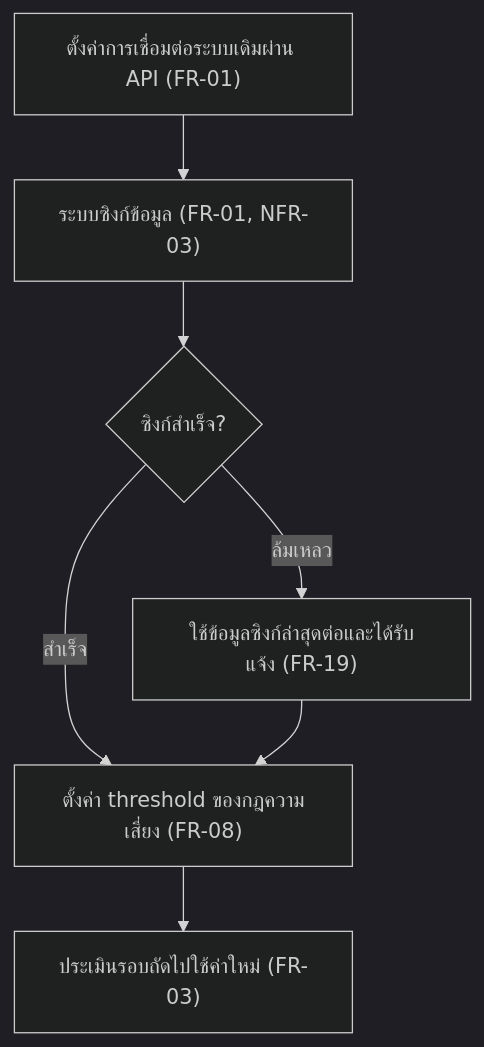
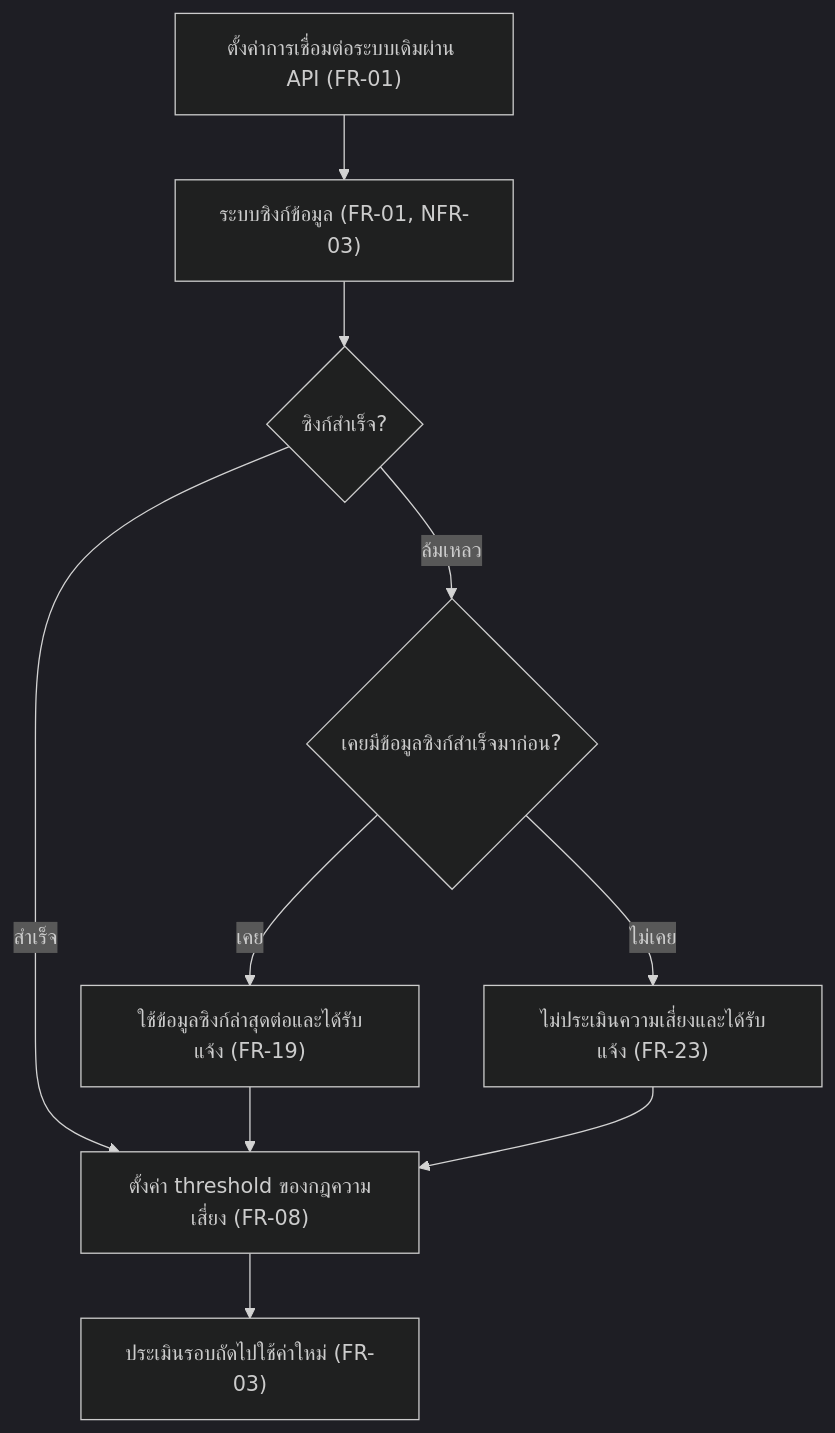
The first of 7 diagrams in docs/02-design/user-journey.md (PAKOSORUS/Grade-Runway-PROJECT3), drawn with Mermaid (dark theme) before and after one commit. The commit also changed other lines of this file and 15 other files, not shown here.

````diff
--- a/docs/02-design/user-journey.md
+++ b/docs/02-design/user-journey.md
@@ -8,9 +8,12 @@
 ```mermaid
 flowchart TD
     A["ตั้งค่าการเชื่อมต่อระบบเดิมผ่าน API (FR-01)"] --> B["ระบบซิงก์ข้อมูล (FR-01, NFR-03)"]
     B --> S{"ซิงก์สำเร็จ?"}
     S -->|สำเร็จ| C["ตั้งค่า threshold ของกฎความเสี่ยง (FR-08)"]
-    S -->|ล้มเหลว| F["ใช้ข้อมูลซิงก์ล่าสุดต่อและได้รับแจ้ง (FR-19)"]
+    S -->|ล้มเหลว| P{"เคยมีข้อมูลซิงก์สำเร็จมาก่อน?"}
+    P -->|เคย| F["ใช้ข้อมูลซิงก์ล่าสุดต่อและได้รับแจ้ง (FR-19)"]
+    P -->|ไม่เคย| G["ไม่ประเมินความเสี่ยงและได้รับแจ้ง (FR-23)"]
     F --> C
+    G --> C
     C --> D["ประเมินรอบถัดไปใช้ค่าใหม่ (FR-03)"]
 ```
````
